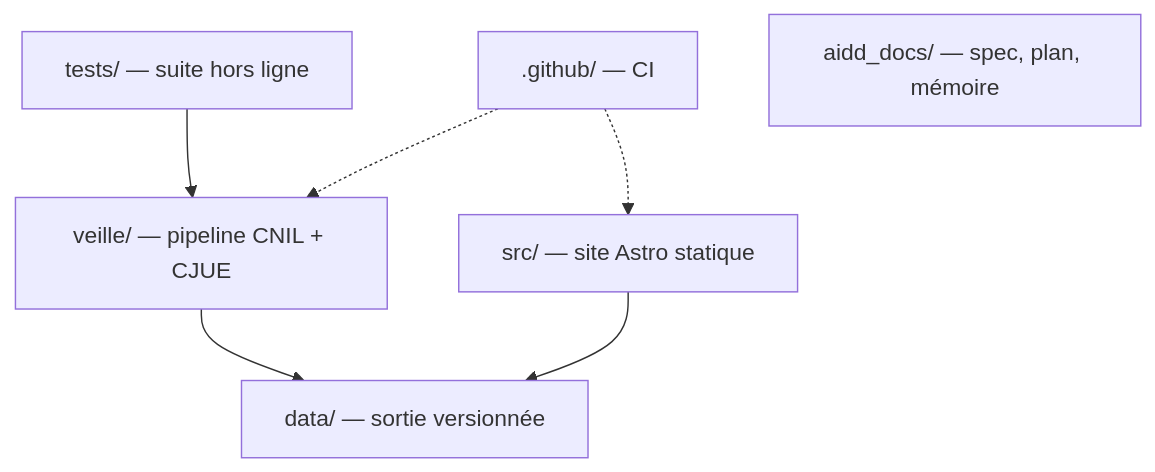
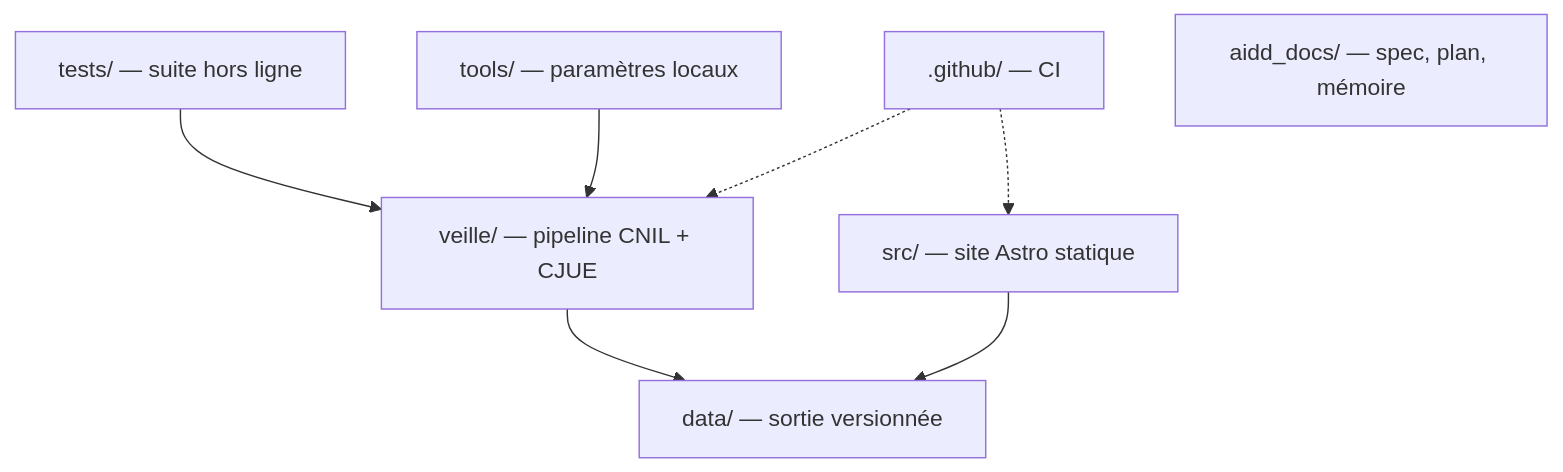
The diagram in aidd_docs/memory/codebase-map.md (Beccariavf/vitrine), drawn with Mermaid before and after one commit. The commit also changed other lines of this file and 8 other files, not shown here.

````diff
--- a/aidd_docs/memory/codebase-map.md
+++ b/aidd_docs/memory/codebase-map.md
@@ -5,9 +5,10 @@
 ```mermaid
 flowchart TD
     CLI["veille/ — pipeline CNIL + CJUE"] --> DATA["data/ — sortie versionnée"]
     TESTS["tests/ — suite hors ligne"] --> CLI
     SRC["src/ — site Astro statique"] --> DATA
+    TOOLS["tools/ — paramètres locaux"] --> CLI
     CI[".github/ — CI"] -.-> CLI
     CI -.-> SRC
     DOCS["aidd_docs/ — spec, plan, mémoire"]
 ```
````
